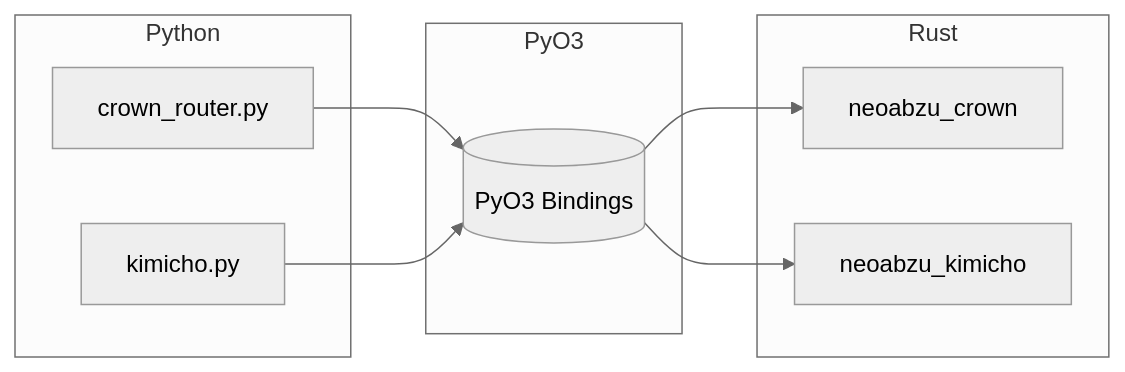
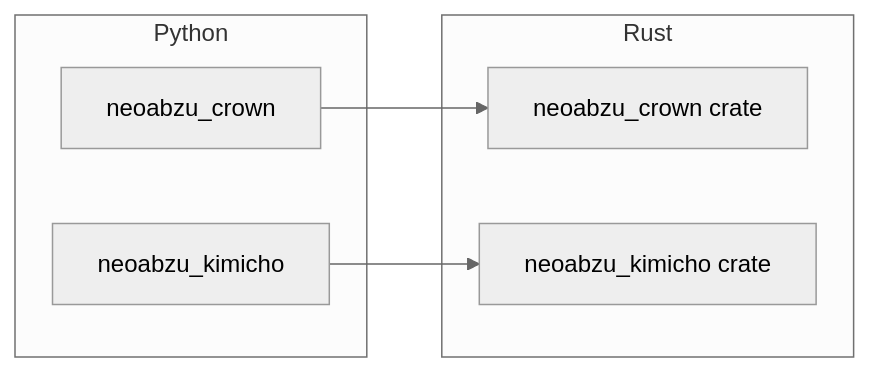
Before and after one commit to DINGIRABZU/ABZU: the diagram in docs/figures/pyo3_interfaces.mmd, drawn with Mermaid (neutral theme). The commit also changed 28 other files, not shown here.

```diff
--- a/docs/figures/pyo3_interfaces.mmd
+++ b/docs/figures/pyo3_interfaces.mmd
@@ -1,14 +1,11 @@
 flowchart LR
     subgraph Python
-        CrownPy[crown_router.py]
-        KimichoPy[kimicho.py]
-    end
-    subgraph PyO3
-        Bridge[(PyO3 Bindings)]
+        CrownPy[neoabzu_crown]
+        KimichoPy[neoabzu_kimicho]
     end
     subgraph Rust
-        CrownRs[neoabzu_crown]
-        KimichoRs[neoabzu_kimicho]
+        CrownRs[neoabzu_crown crate]
+        KimichoRs[neoabzu_kimicho crate]
     end
-    CrownPy --> Bridge --> CrownRs
-    KimichoPy --> Bridge --> KimichoRs
+    CrownPy --> CrownRs
+    KimichoPy --> KimichoRs
```
